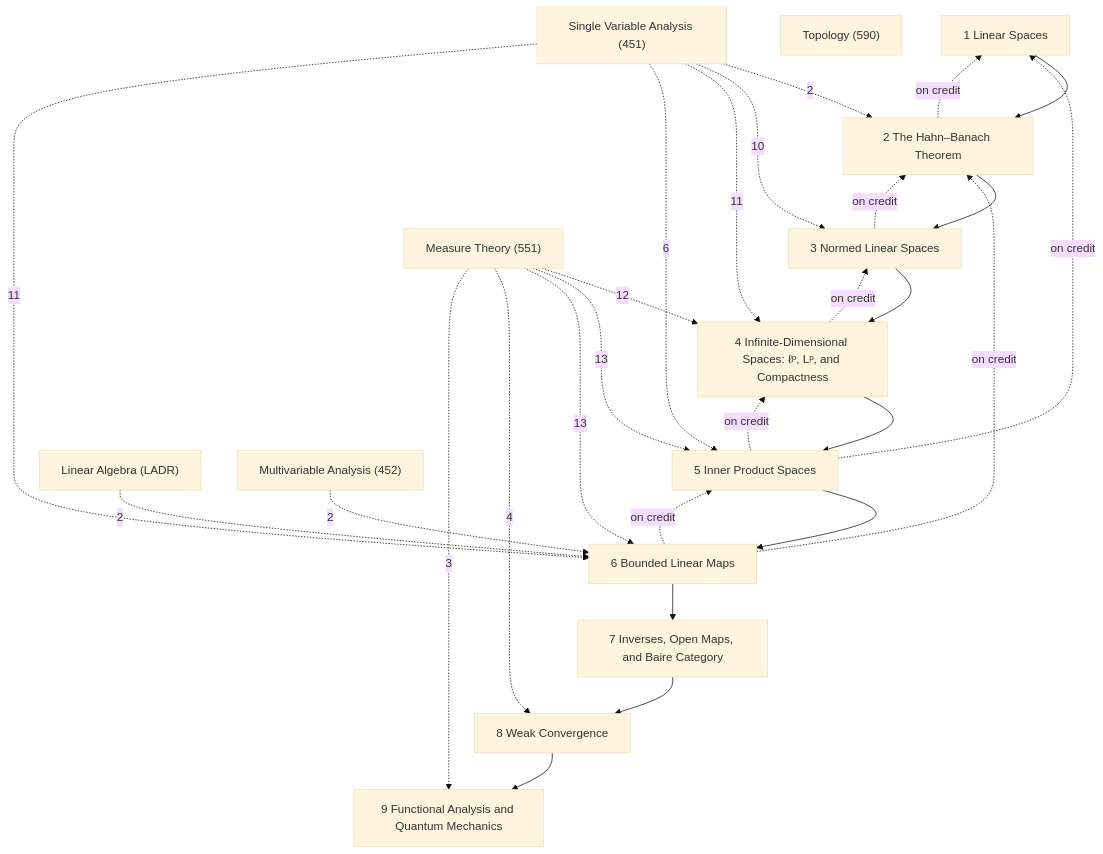
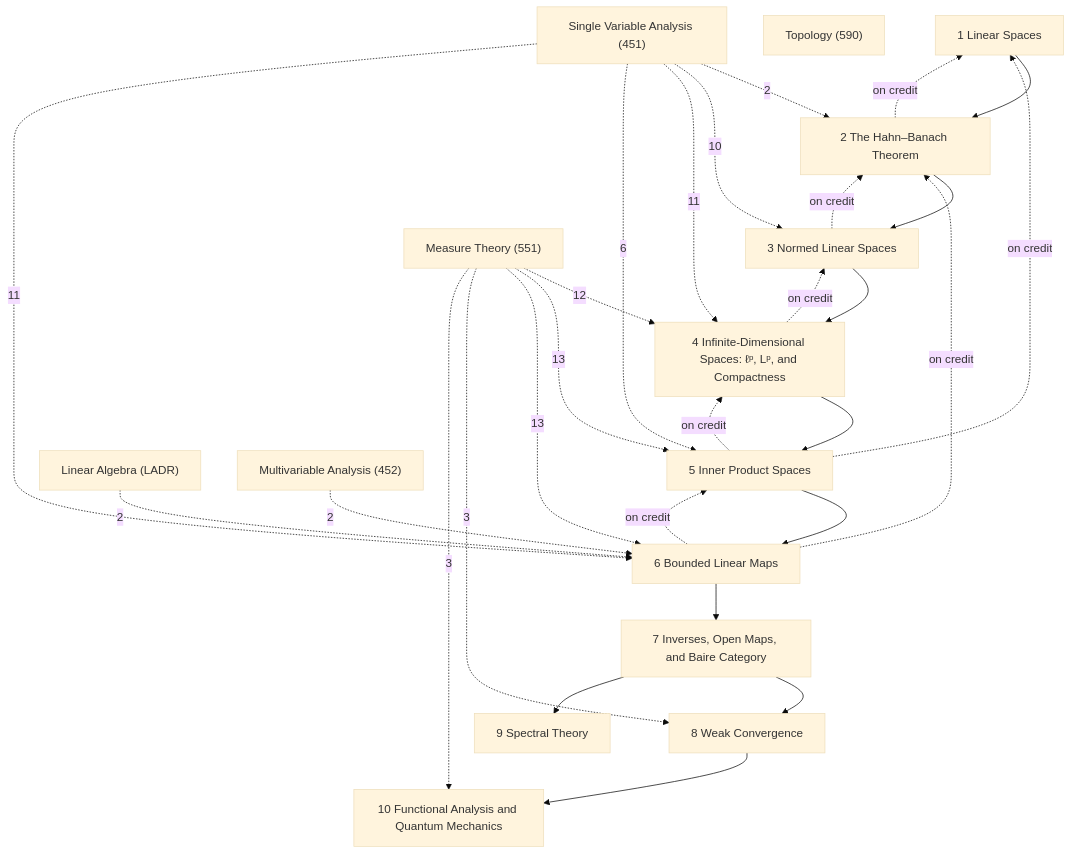
The diagram in Math/Functional Analysis/Functional Analysis.md (Onion20040508/notes), drawn with Mermaid (base theme) before and after one commit. The commit also changed other lines of this file and 52 other files, not shown here.

````diff
--- a/Math/Functional Analysis/Functional Analysis.md
+++ b/Math/Functional Analysis/Functional Analysis.md
@@ -33,44 +33,46 @@
 ```mermaid
 graph TD
   C1["1 Linear Spaces"]
   C2["2 The Hahn–Banach Theorem"]
   C3["3 Normed Linear Spaces"]
   C4["4 Infinite-Dimensional Spaces: ℓᵖ, Lᵖ, and Compactness"]
   C5["5 Inner Product Spaces"]
   C6["6 Bounded Linear Maps"]
   C7["7 Inverses, Open Maps, and Baire Category"]
   C8["8 Weak Convergence"]
-  C9["9 Functional Analysis and Quantum Mechanics"]
+  C9["9 Spectral Theory"]
+  C10["10 Functional Analysis and Quantum Mechanics"]
   X1["Linear Algebra (LADR)"]
   X2["Measure Theory (551)"]
   X3["Topology (590)"]
   X4["Single Variable Analysis (451)"]
   X5["Multivariable Analysis (452)"]
   C1 --> C2
   C2 --> C3
   C3 --> C4
   C4 --> C5
   C5 --> C6
   C6 --> C7
   C7 --> C8
-  C8 --> C9
+  C7 --> C9
+  C8 --> C10
   C2 -.->|on credit| C1
   C3 -.->|on credit| C2
   C4 -.->|on credit| C3
   C5 -.->|on credit| C1
   C5 -.->|on credit| C4
   C6 -.->|on credit| C2
   C6 -.->|on credit| C5
   X1 -.->|2| C6
   X2 -.->|12| C4
   X2 -.->|13| C5
   X2 -.->|13| C6
-  X2 -.->|4| C8
-  X2 -.->|3| C9
+  X2 -.->|3| C8
+  X2 -.->|3| C10
   X5 -.->|2| C6
   X4 -.->|2| C2
   X4 -.->|10| C3
   X4 -.->|11| C4
   X4 -.->|6| C5
   X4 -.->|11| C6
 ```
````
